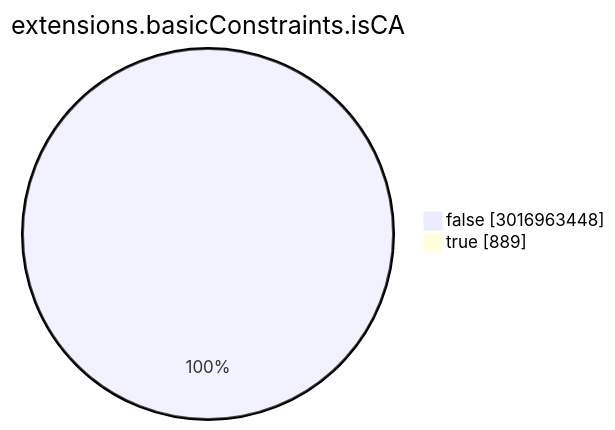
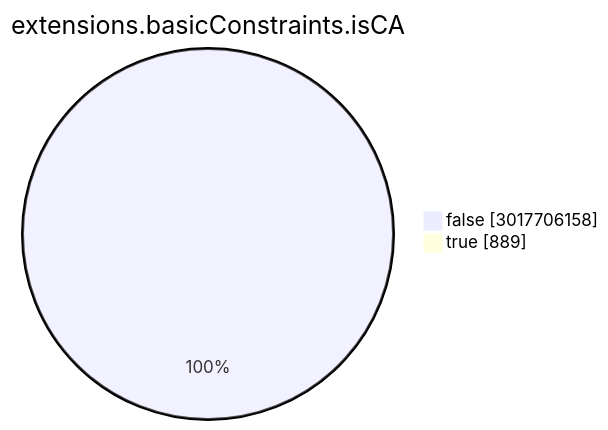
Before and after one commit to christiankrug/ctmonitor_visualization: the seventh of 15 diagrams in TOTAL/README.md, drawn with Mermaid. The commit also changed other lines of this file, not shown here.

````diff
--- a/TOTAL/README.md
+++ b/TOTAL/README.md
@@ -3085,6 +3085,6 @@
 ```mermaid
 pie showData
 title extensions.basicConstraints.isCA
-"false" :3016963448
+"false" :3017706158
 "true" :889
 ```
````
